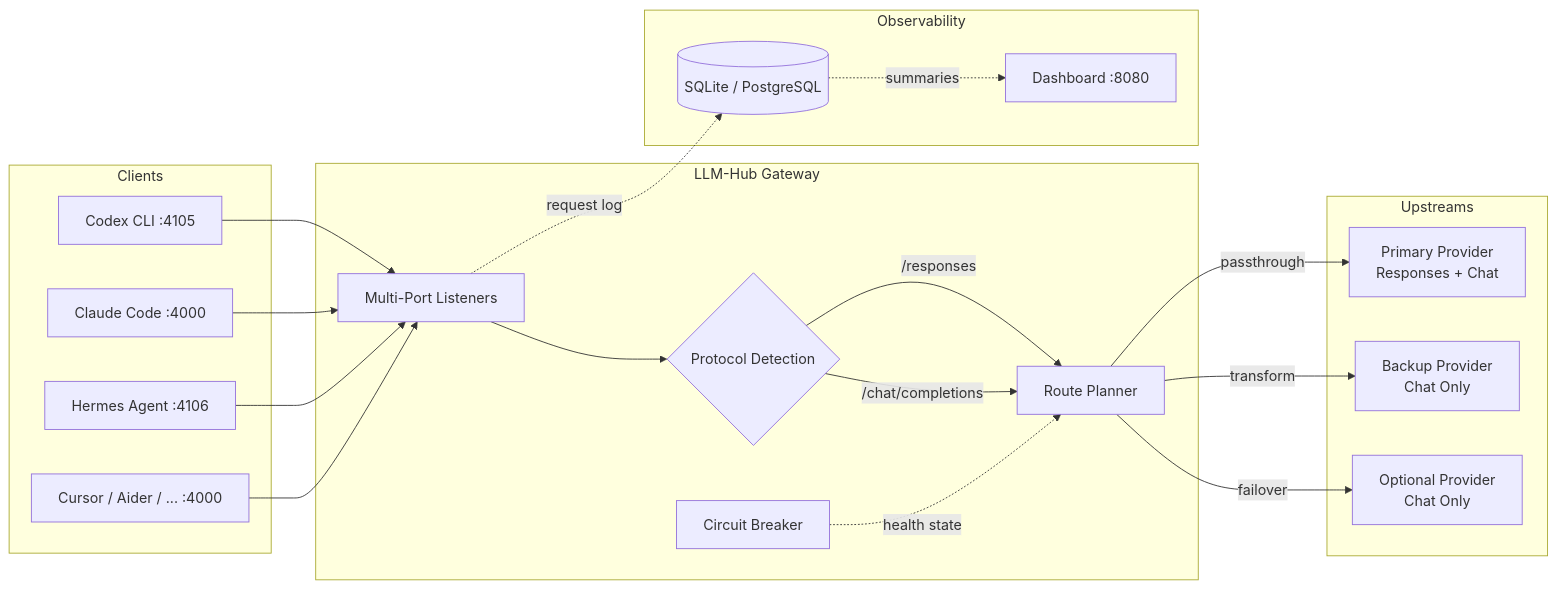
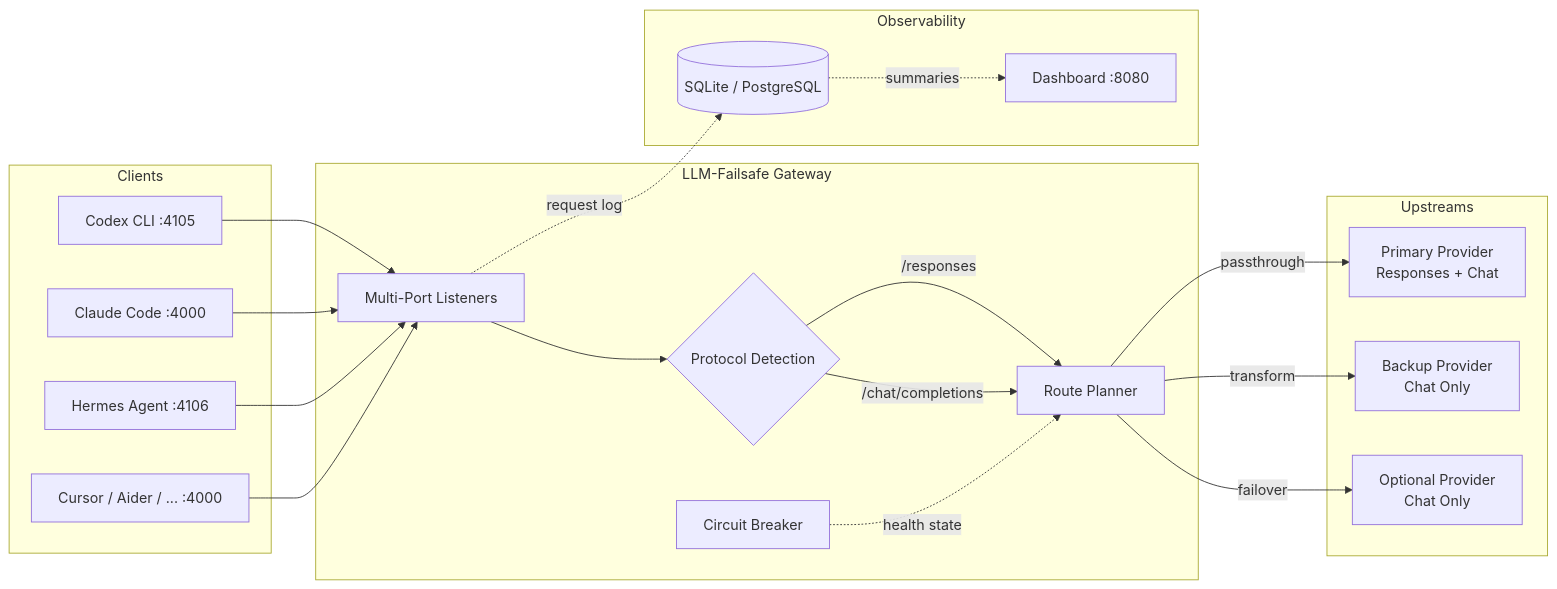
One commit to huayintianlai/LLM-Hub changed the diagram in README.md. Above: the diagram before and after it, drawn with Mermaid. The commit also changed other lines of this file and 18 other files, not shown here.

First line of the commit message:
Rename project from LLM-Hub to LLM-Failsafe

````diff
--- a/README.md
+++ b/README.md
@@ -208,38 +213,38 @@
 ```mermaid
 graph LR
     subgraph Clients
         A[Codex CLI :4105]
         B[Claude Code :4000]
         C[Hermes Agent :4106]
         D[Cursor / Aider / ... :4000]
     end
 
-    subgraph LLM-Hub Gateway
+    subgraph LLM-Failsafe Gateway
         E[Multi-Port Listeners]
         F{Protocol Detection}
         G[Route Planner]
         H[Circuit Breaker]
     end
 
     subgraph Upstreams
         I[Primary Provider<br/>Responses + Chat]
         J[Backup Provider<br/>Chat Only]
         K[Optional Provider<br/>Chat Only]
     end
 
     subgraph Observability
         L[(SQLite / PostgreSQL)]
         M[Dashboard :8080]
     end
 
     A & B & C & D --> E
     E --> F
     F -->|/responses| G
     F -->|/chat/completions| G
     G -->|passthrough| I
     G -->|transform| J
     G -->|failover| K
     H -.->|health state| G
     E -.->|request log| L
     L -.->|summaries| M
 ```
````
